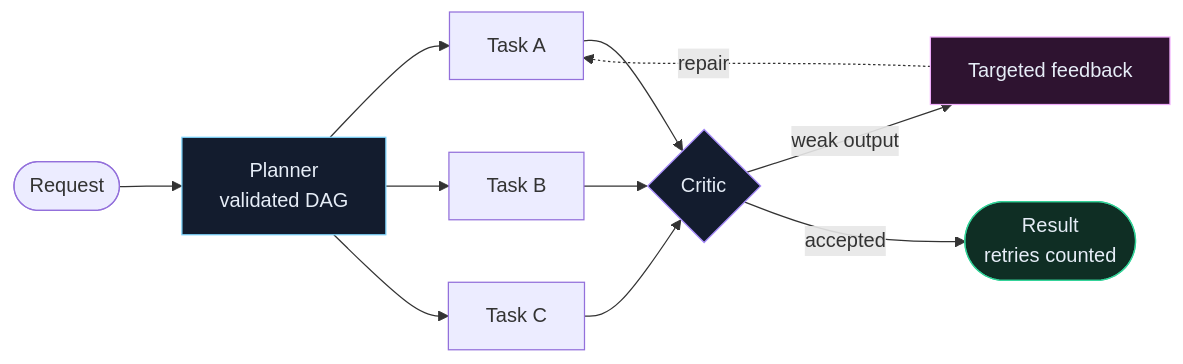
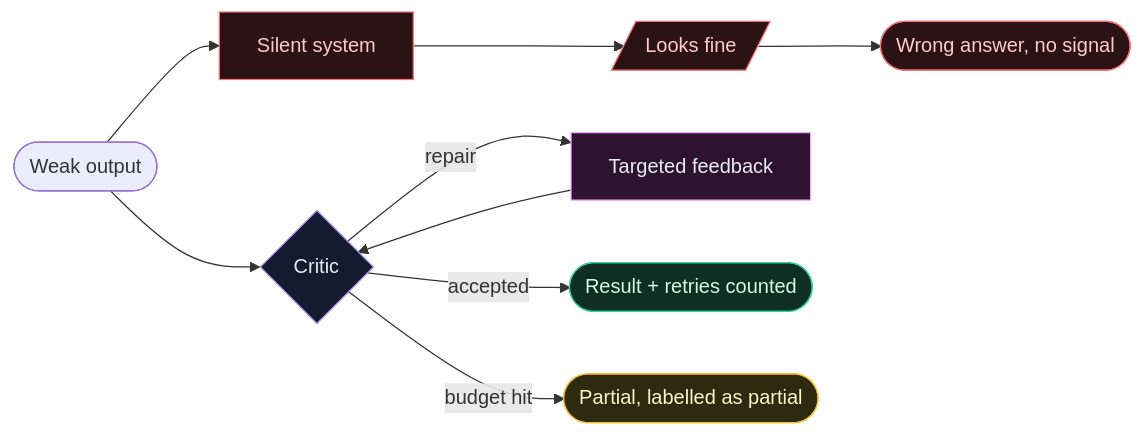
Before and after one commit to kcsanjayj/kcsanjayj: the diagram in README.md, drawn with Mermaid. The commit also changed other lines of this file, not shown here.

````diff
--- a/README.md
+++ b/README.md
@@ -43,17 +38,18 @@
 ```mermaid
 flowchart LR
-    R([Request]) --> P[Planner<br/>validated DAG]
-    P --> A[Task A]
-    P --> B[Task B]
-    P --> C[Task C]
-    A --> K{Critic}
-    B --> K
-    C --> K
-    K -- weak output --> F[Targeted feedback]
-    F -.repair.-> A
-    K -- accepted --> O([Result<br/>retries counted])
-    style P fill:#131c2e,stroke:#7dd3fc,color:#e6edf7
-    style K fill:#131c2e,stroke:#a78bfa,color:#e6edf7
-    style O fill:#0f2e24,stroke:#34d399,color:#e6edf7
-    style F fill:#2e1330,stroke:#f0abfc,color:#e6edf7
+    W([Weak output]) --> S1[Silent system]
+    S1 --> S2[/Looks fine/]
+    S2 --> S3([Wrong answer, no signal])
+    W --> H1{Critic}
+    H1 -- repair --> H2[Targeted feedback]
+    H2 --> H1
+    H1 -- accepted --> H3([Result + retries counted])
+    H1 -- budget hit --> H4([Partial, labelled as partial])
+    style S1 fill:#2b1215,stroke:#f87171,color:#fecaca
+    style S2 fill:#2b1215,stroke:#f87171,color:#fecaca
+    style S3 fill:#2b1215,stroke:#f87171,color:#fecaca
+    style H1 fill:#131c2e,stroke:#a78bfa,color:#e6edf7
+    style H2 fill:#2e1330,stroke:#f0abfc,color:#e6edf7
+    style H3 fill:#0f2e24,stroke:#34d399,color:#d1fae5
+    style H4 fill:#2e2a10,stroke:#fbbf24,color:#fef3c7
 ```
````
